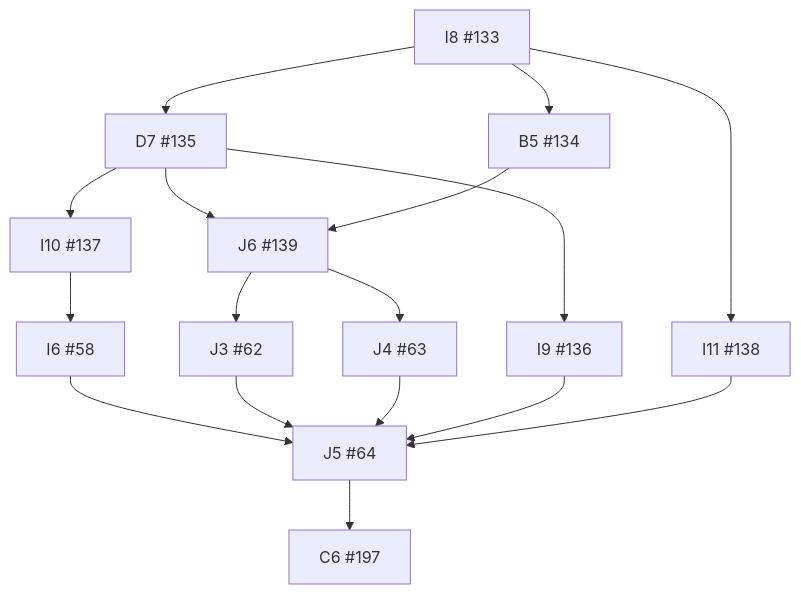
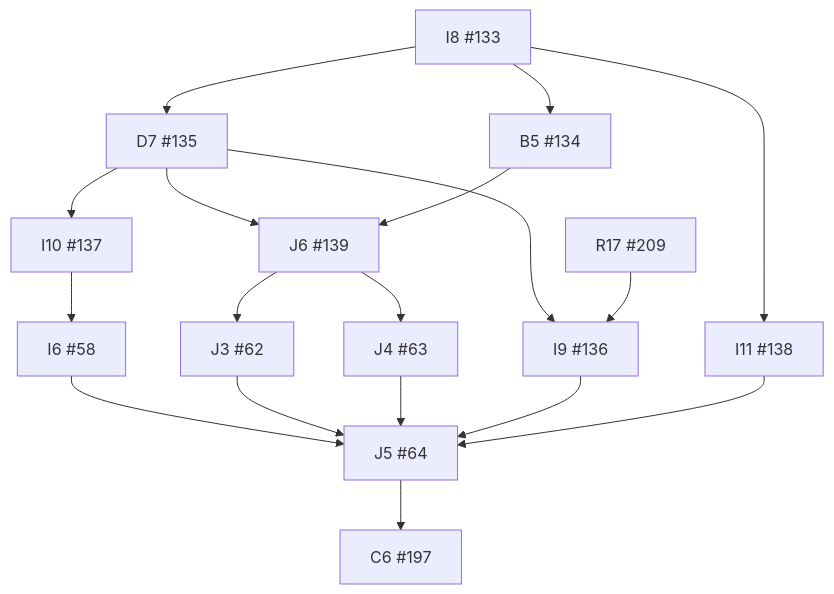
Before and after one commit to wojtekpiskorz/kiero: the diagram in docs/implementation/dependency-graph.md, drawn with Mermaid. The commit also changed other lines of this file and 5 other files, not shown here.

````diff
--- a/docs/implementation/dependency-graph.md
+++ b/docs/implementation/dependency-graph.md
@@ -9,31 +9,33 @@
 ```mermaid
 flowchart TD
   I6["I6 #58"]
   J3["J3 #62"]
   J4["J4 #63"]
   J5["J5 #64"]
   I8["I8 #133"]
   B5["B5 #134"]
   D7["D7 #135"]
   I9["I9 #136"]
   I10["I10 #137"]
   I11["I11 #138"]
   J6["J6 #139"]
   C6["C6 #197"]
+  R17["R17 #209"]
   I10 --> I6
   J6 --> J3
   J6 --> J4
   I6 --> J5
   J3 --> J5
   J4 --> J5
   I9 --> J5
   I11 --> J5
   I8 --> B5
   I8 --> D7
   D7 --> I9
+  R17 --> I9
   D7 --> I10
   I8 --> I11
   D7 --> J6
   B5 --> J6
   J5 --> C6
 ```
````
